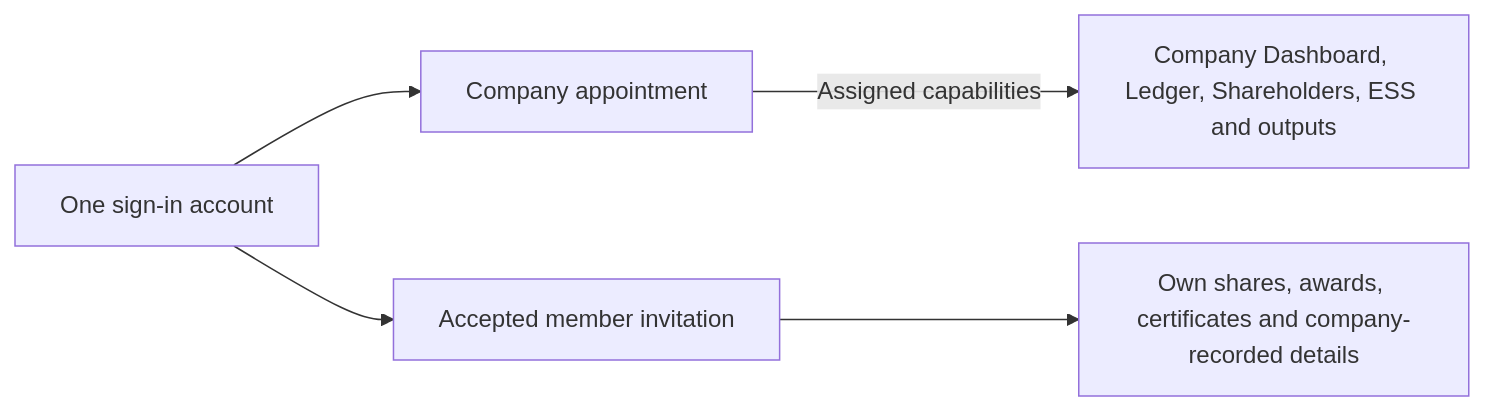
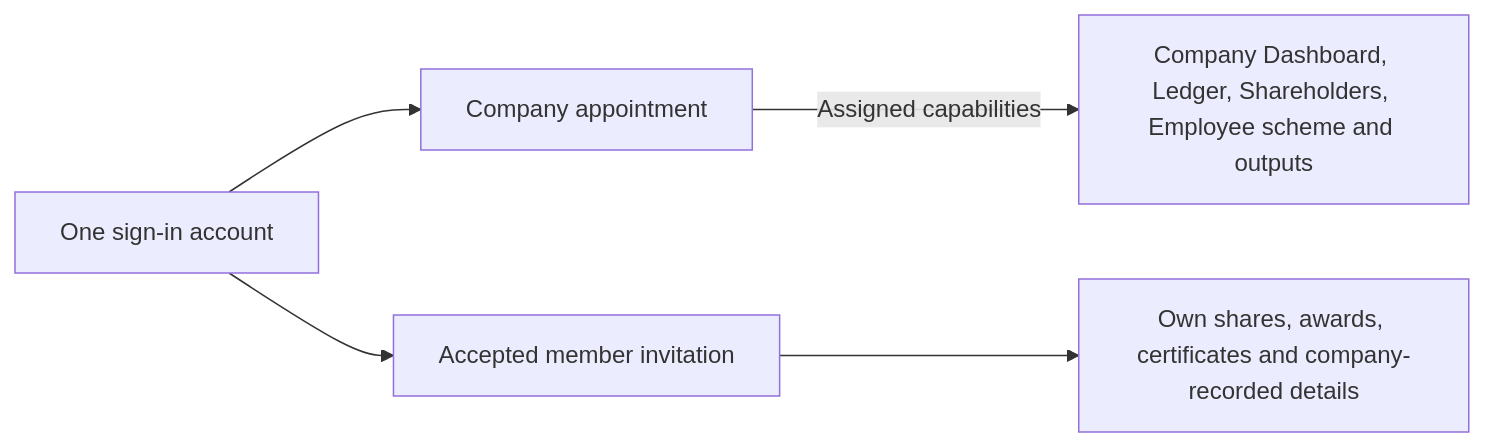
One commit to Ledova/ledova changed the first of 2 diagrams in docs/LOCAL-TEST-ACCOUNTS.md. Above: the diagram before and after it, drawn with Mermaid. The commit also changed other lines of this file and 92 other files, not shown here.

````diff
--- a/docs/LOCAL-TEST-ACCOUNTS.md
+++ b/docs/LOCAL-TEST-ACCOUNTS.md
@@ -33,7 +33,7 @@
 ```mermaid
 flowchart LR
     Login["One sign-in account"] --> Appointment["Company appointment"]
     Login --> Association["Accepted member invitation"]
-    Appointment -->|Assigned capabilities| Admin["Company Dashboard, Ledger, Shareholders, ESS and outputs"]
+    Appointment -->|Assigned capabilities| Admin["Company Dashboard, Ledger, Shareholders, Employee scheme and outputs"]
     Association --> Member["Own shares, awards, certificates and company-recorded details"]
 ```
````
